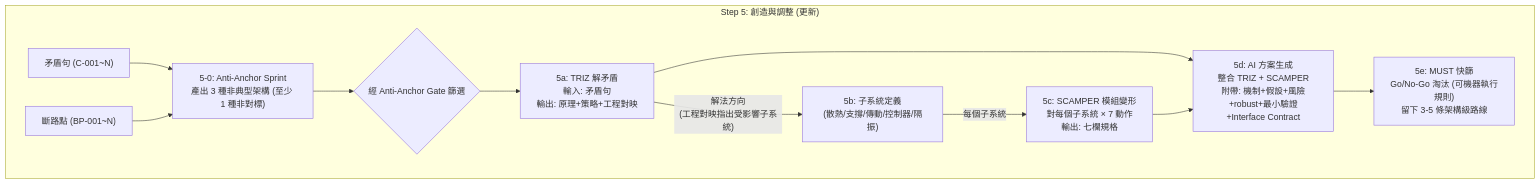
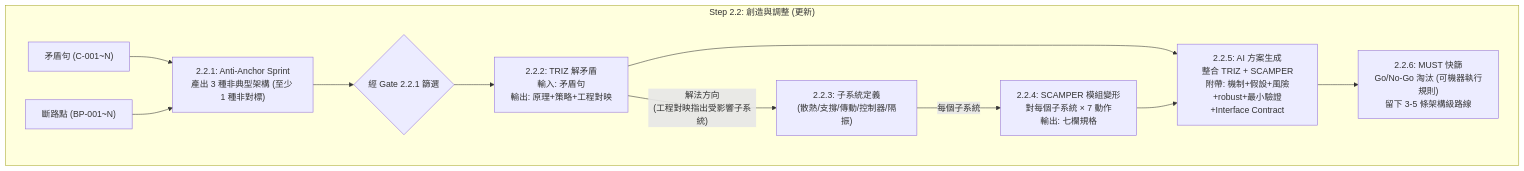
The fourth of 4 diagrams in docs/e2e/RD_Design_Copilot_整合流程.md (Zenobia000/AutoTRIZ_smart_design), drawn with Mermaid before and after one commit. The commit also changed other lines of this file and 147 other files, not shown here.

````diff
--- a/docs/e2e/RD_Design_Copilot_整合流程.md
+++ b/docs/e2e/RD_Design_Copilot_整合流程.md
@@ -480,17 +480,17 @@
 ```mermaid
 graph TD
-    subgraph Step5 ["Step 5: 創造與調整 (更新)"]
-        InputC["矛盾句 (C-001~N)"] --> S5_0["5-0: Anti-Anchor Sprint<br>產出 3 種非典型架構 (至少 1 種非對標)"]
-        InputBP["斷路點 (BP-001~N)"] --> S5_0
-        S5_0 --> AntiAnchorGate{"經 Anti-Anchor Gate 篩選"}
-        AntiAnchorGate --> S5a["5a: TRIZ 解矛盾<br>輸入: 矛盾句<br>輸出: 原理+策略+工程對映"]
+    subgraph Step2_2 ["Step 2.2: 創造與調整 (更新)"]
+        InputC["矛盾句 (C-001~N)"] --> S2_2_1["2.2.1: Anti-Anchor Sprint<br>產出 3 種非典型架構 (至少 1 種非對標)"]
+        InputBP["斷路點 (BP-001~N)"] --> S2_2_1
+        S2_2_1 --> AntiAnchorGate{"經 Gate 2.2.1 篩選"}
+        AntiAnchorGate --> S2_2_2["2.2.2: TRIZ 解矛盾<br>輸入: 矛盾句<br>輸出: 原理+策略+工程對映"]
 
-        S5a --"解法方向<br>(工程對映指出受影響子系統)"--> S5b["5b: 子系統定義<br>(散熱/支撐/傳動/控制器/隔振)"]
-        S5b --"每個子系統"--> S5c["5c: SCAMPER 模組變形<br>對每個子系統 × 7 動作<br>輸出: 七欄規格"]
+        S2_2_2 --"解法方向<br>(工程對映指出受影響子系統)"--> S2_2_3["2.2.3: 子系統定義<br>(散熱/支撐/傳動/控制器/隔振)"]
+        S2_2_3 --"每個子系統"--> S2_2_4["2.2.4: SCAMPER 模組變形<br>對每個子系統 × 7 動作<br>輸出: 七欄規格"]
 
-        S5a --> S5d["5d: AI 方案生成<br>整合 TRIZ + SCAMPER<br>附帶: 機制+假設+風險+robust+最小驗證+Interface Contract"]
-        S5c --> S5d
+        S2_2_2 --> S2_2_5["2.2.5: AI 方案生成<br>整合 TRIZ + SCAMPER<br>附帶: 機制+假設+風險+robust+最小驗證+Interface Contract"]
+        S2_2_4 --> S2_2_5
 
-        S5d --> S5e["5e: MUST 快篩<br>Go/No-Go 淘汰 (可機器執行規則)<br>留下 3-5 條架構級路線"]
+        S2_2_5 --> S2_2_6["2.2.6: MUST 快篩<br>Go/No-Go 淘汰 (可機器執行規則)<br>留下 3-5 條架構級路線"]
     end
 ```
````
